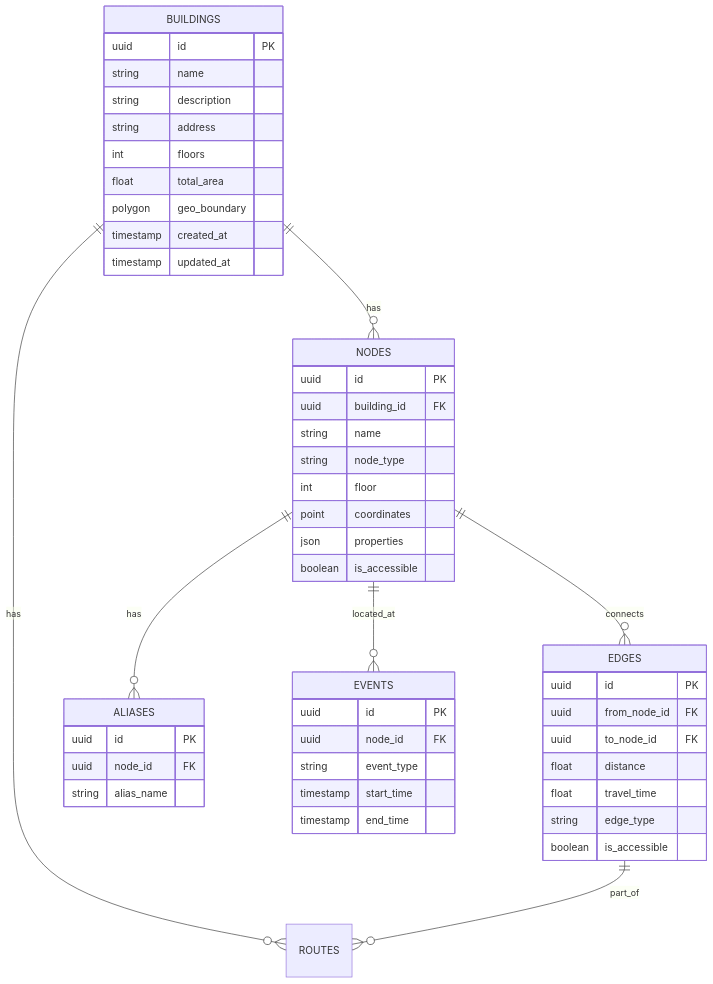
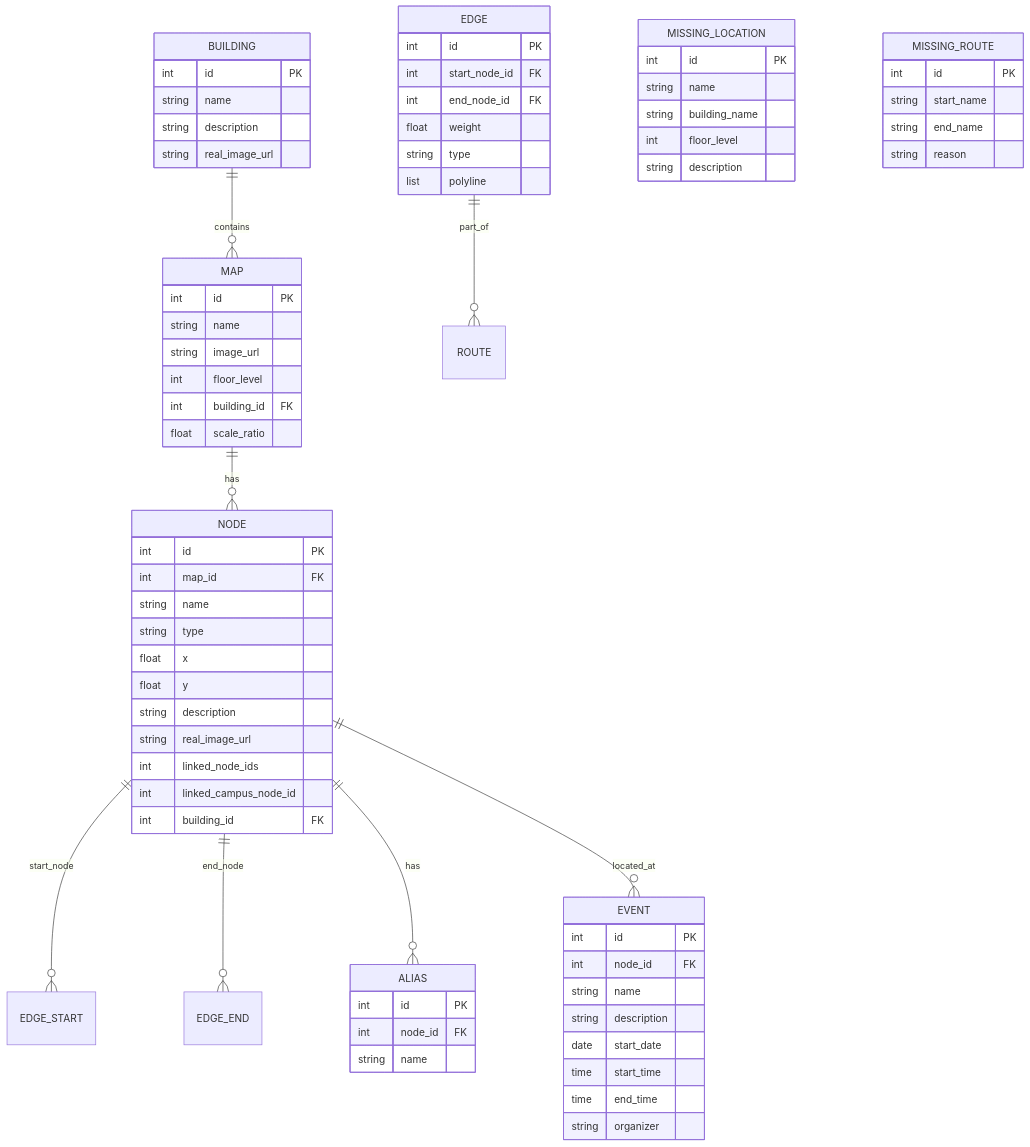
Before and after one commit to kienntheprfs/DATN: the second of 2 diagrams in docs/services/wayfinder-docs.md, drawn with Mermaid. The commit also changed other lines of this file and 68 other files, not shown here.

````diff
--- a/docs/services/wayfinder-docs.md
+++ b/docs/services/wayfinder-docs.md
@@ -199,56 +401,81 @@
 ```mermaid
 erDiagram
-    BUILDINGS ||--o{ NODES : has
-    BUILDINGS ||--o{ ROUTES : has
-    NODES ||--o{ EDGES : connects
-    NODES ||--o{ ALIASES : has
-    NODES ||--o{ EVENTS : located_at
-    EDGES ||--o{ ROUTES : part_of
+    MAP ||--o{ NODE : has
+    BUILDING ||--o{ MAP : contains
+    NODE ||--o{ EDGE_START : "start_node"
+    NODE ||--o{ EDGE_END : "end_node"
+    NODE ||--o{ ALIAS : has
+    NODE ||--o{ EVENT : located_at
+    EDGE ||--o{ ROUTE : part_of
     
-    BUILDINGS {
-        uuid id PK
+    MAP {
+        int id PK
+        string name
+        string image_url
+        int floor_level
+        int building_id FK
+        float scale_ratio
+    }
+    
+    BUILDING {
+        int id PK
         string name
         string description
-        string address
-        int floors
-        float total_area
-        polygon geo_boundary
-        timestamp created_at
-        timestamp updated_at
+        string real_image_url
     }
     
-    NODES {
-        uuid id PK
-        uuid building_id FK
+    NODE {
+        int id PK
+        int map_id FK
         string name
-        string node_type
-        int floor
-        point coordinates
-        json properties
-        boolean is_accessible
+        string type
+        float x
+        float y
+        string description
+        string real_image_url
+        int linked_node_ids
+        int linked_campus_node_id
+        int building_id FK
     }
     
-    EDGES {
-        uuid id PK
-        uuid from_node_id FK
-        uuid to_node_id FK
-        float distance
-        float travel_time
-        string edge_type
-        boolean is_accessible
+    EDGE {
+        int id PK
+        int start_node_id FK
+        int end_node_id FK
+        float weight
+        string type
+        list polyline
     }
     
-    ALIASES {
-        uuid id PK
-        uuid node_id FK
-        string alias_name
+    ALIAS {
+        int id PK
+        int node_id FK
+        string name
     }
     
-    EVENTS {
-        uuid id PK
-        uuid node_id FK
-        string event_type
-        timestamp start_time
-        timestamp end_time
+    EVENT {
+        int id PK
+        int node_id FK
+        string name
+        string description
+        date start_date
+        time start_time
+        time end_time
+        string organizer
+    }
+
+    MISSING_LOCATION {
+        int id PK
+        string name
+        string building_name
+        int floor_level
+        string description
+    }
+
+    MISSING_ROUTE {
+        int id PK
+        string start_name
+        string end_name
+        string reason
     }
 ```
````
